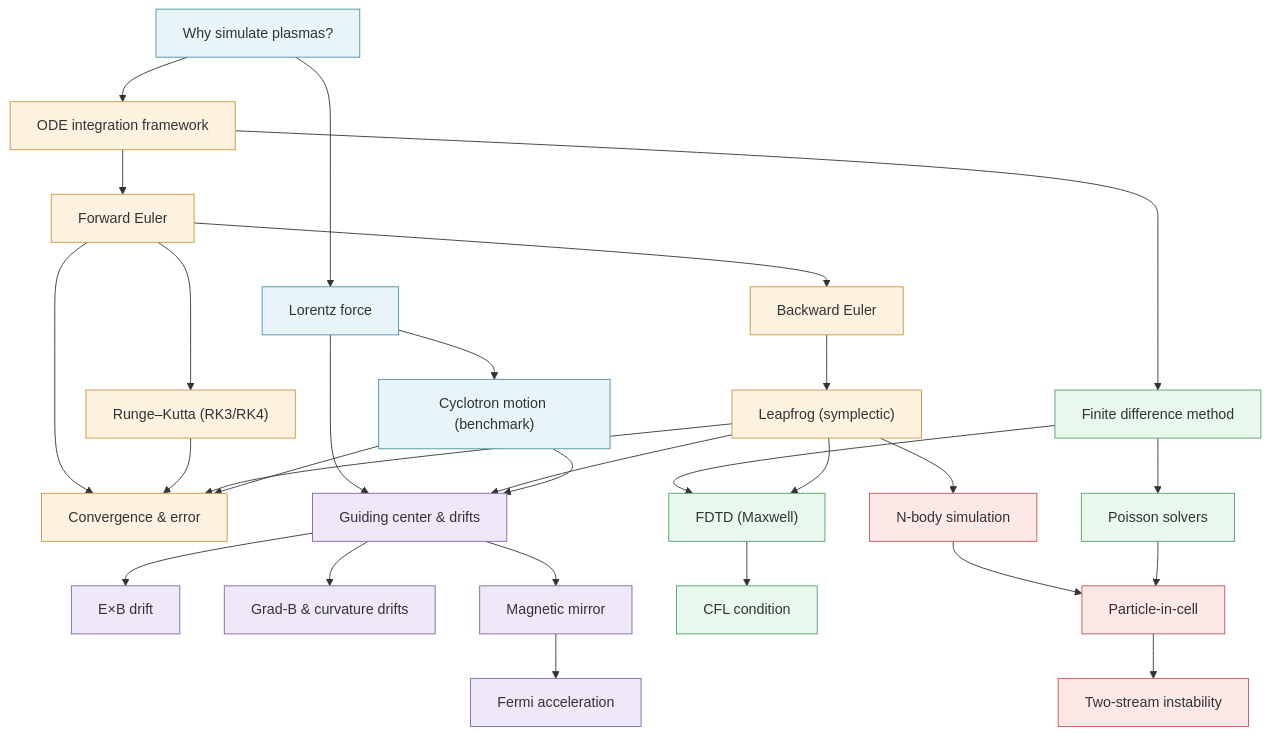
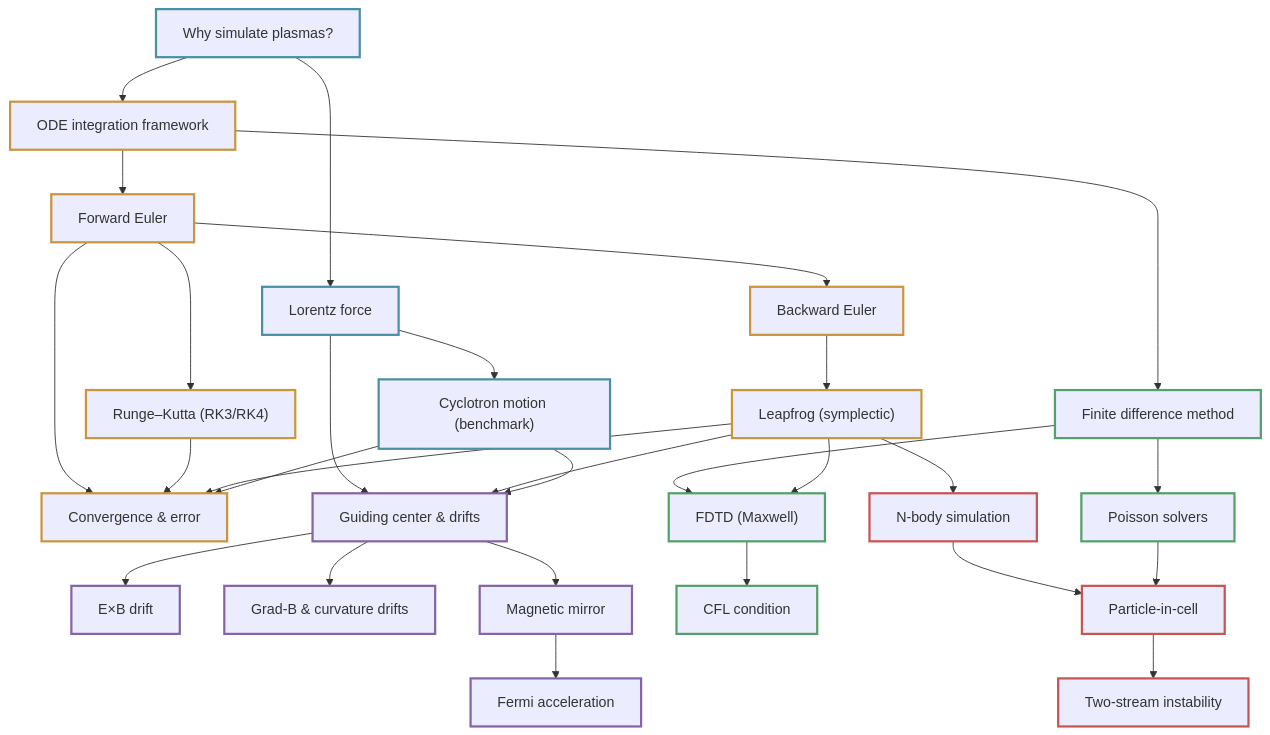
One commit to tpakorn/class-wiki changed the diagram in docs/comp-plasma/concept-graph.md. Above: the diagram before and after it, drawn with Mermaid. The commit also changed 156 other files, not shown here.

First line of the commit message:
Round 2: SC134 + PHY621 + PHY622, lecture timelines, 4 widgets, dark-mode graphs

````diff
--- a/docs/comp-plasma/concept-graph.md
+++ b/docs/comp-plasma/concept-graph.md
@@ -6,45 +6,45 @@
 ```mermaid
 flowchart TD
     WHY["Why simulate plasmas?"] --> LORENTZ["Lorentz force"]
     WHY --> ODE["ODE integration framework"]
     LORENTZ --> CYC["Cyclotron motion (benchmark)"]
 
     ODE --> FE["Forward Euler"]
     FE --> BE["Backward Euler"]
     FE --> RK["Runge–Kutta (RK3/RK4)"]
     BE --> LF["Leapfrog (symplectic)"]
     FE --> CONV["Convergence & error"]
     RK --> CONV
     LF --> CONV
     CYC --> CONV
 
     LORENTZ --> GC["Guiding center & drifts"]
     LF --> GC
     CYC --> GC
     GC --> EXB["E×B drift"]
     GC --> GBC["Grad-B & curvature drifts"]
     GC --> MIRROR["Magnetic mirror"]
     MIRROR --> FERMI["Fermi acceleration"]
 
     ODE --> FDM["Finite difference method"]
     FDM --> POIS["Poisson solvers"]
     FDM --> FDTD["FDTD (Maxwell)"]
     LF --> FDTD
     FDTD --> CFL["CFL condition"]
 
     LF --> NBODY["N-body simulation"]
     NBODY --> PIC["Particle-in-cell"]
     POIS --> PIC
     PIC --> TWOSTREAM["Two-stream instability"]
 
-    classDef found fill:#e8f4f8,stroke:#4a90a4
-    classDef integ fill:#fdf2e0,stroke:#c8963e
-    classDef orbit fill:#efe8f8,stroke:#8464a4
-    classDef field fill:#e8f8ec,stroke:#54a06a
-    classDef many fill:#fde8e8,stroke:#c85454
+    classDef found stroke:#4a90a4,stroke-width:2.5px
+    classDef integ stroke:#c8963e,stroke-width:2.5px
+    classDef orbit stroke:#8464a4,stroke-width:2.5px
+    classDef field stroke:#54a06a,stroke-width:2.5px
+    classDef many stroke:#c85454,stroke-width:2.5px
     class WHY,LORENTZ,CYC found
     class ODE,FE,BE,LF,RK,CONV integ
     class GC,EXB,GBC,MIRROR,FERMI orbit
     class FDM,POIS,FDTD,CFL field
     class NBODY,PIC,TWOSTREAM many
 ```
````
